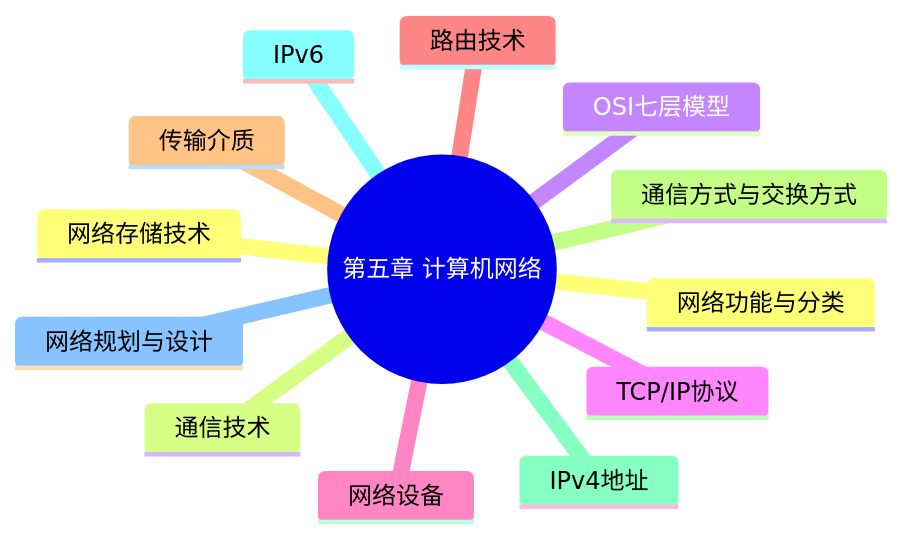
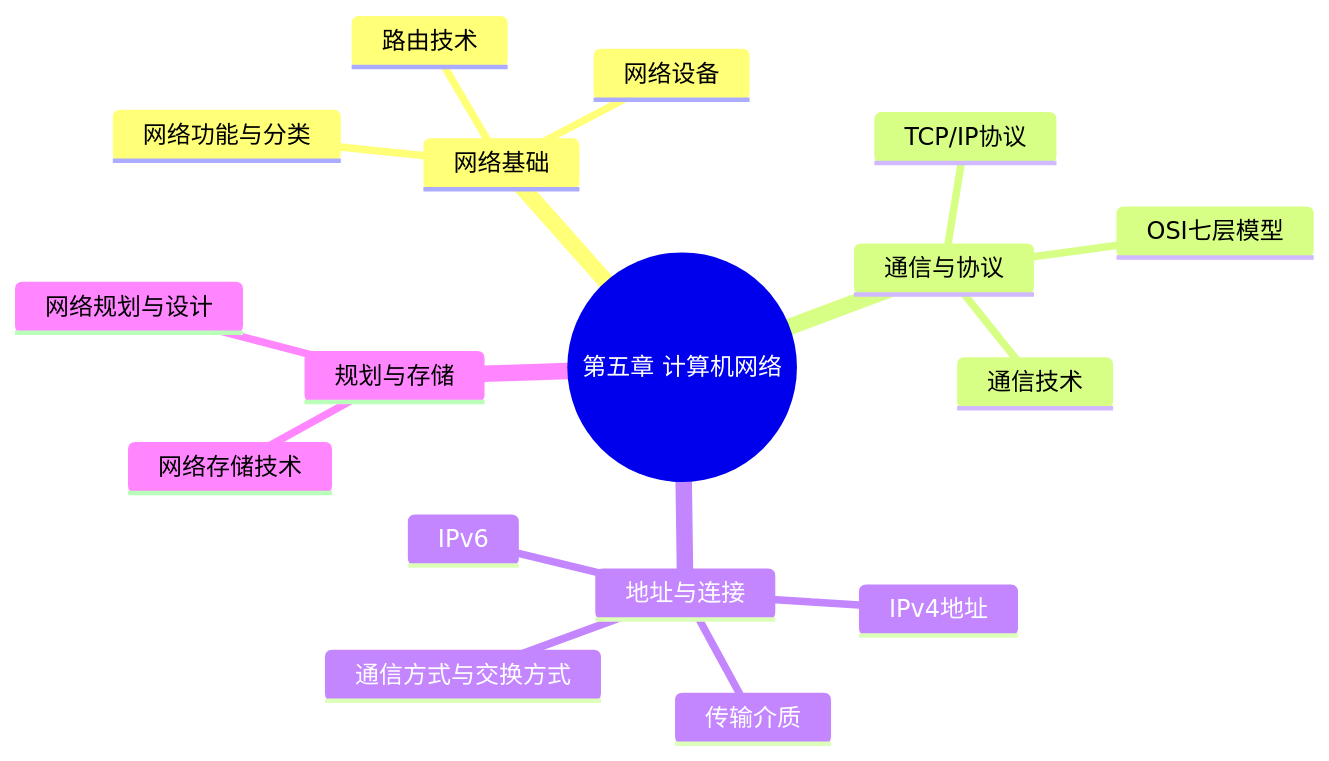
The first of 2 diagrams in docs/ruankao/system-architect/chapters/chapter-05/01-computer-network.md (skylonely/sgao-website), drawn with Mermaid before and after one commit. The commit also changed other lines of this file and 39 other files, not shown here.

Commit message:
fix: Mermaid 思维导图

````diff
--- a/docs/ruankao/system-architect/chapters/chapter-05/01-computer-network.md
+++ b/docs/ruankao/system-architect/chapters/chapter-05/01-computer-network.md
@@ -39,16 +39,20 @@
 ```mermaid
 mindmap
   root((第五章 计算机网络))
-    网络功能与分类
-    通信技术
-    OSI七层模型
-    TCP/IP协议
-    网络设备
-    路由技术
-    传输介质
-    通信方式与交换方式
-    IPv4地址
-    IPv6
-    网络规划与设计
-    网络存储技术
+    网络基础
+      网络功能与分类
+      网络设备
+      路由技术
+    通信与协议
+      通信技术
+      OSI七层模型
+      TCP/IP协议
+    地址与连接
+      IPv4地址
+      IPv6
+      传输介质
+      通信方式与交换方式
+    规划与存储
+      网络规划与设计
+      网络存储技术
 ```
````
